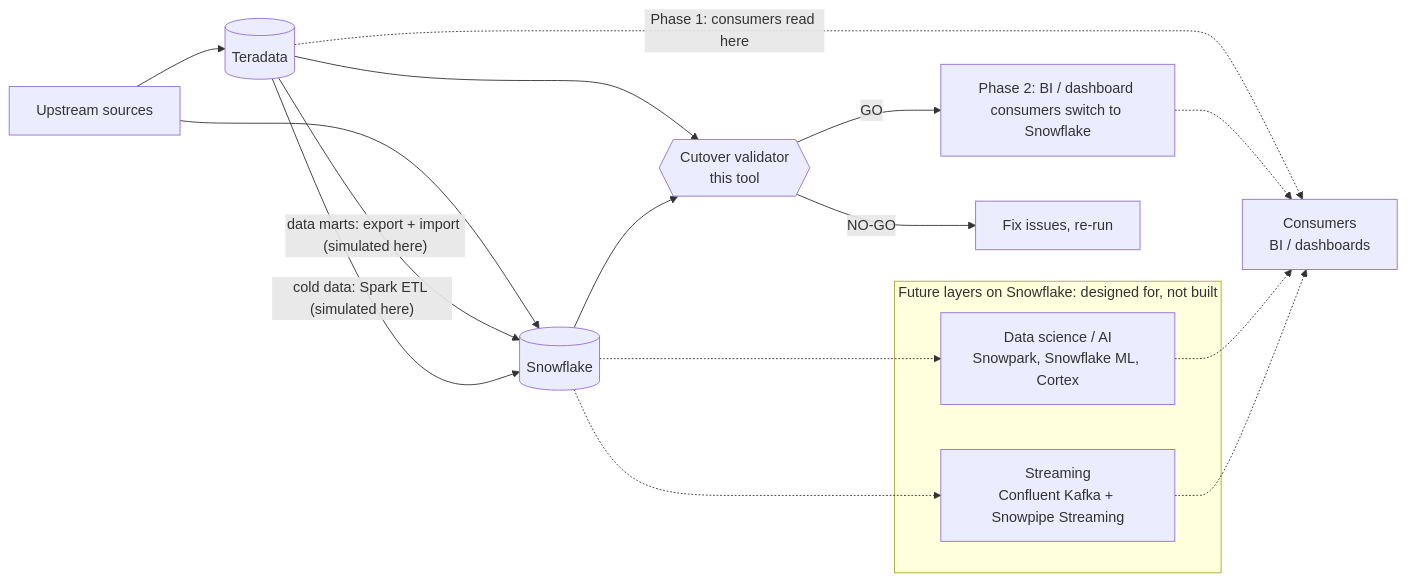
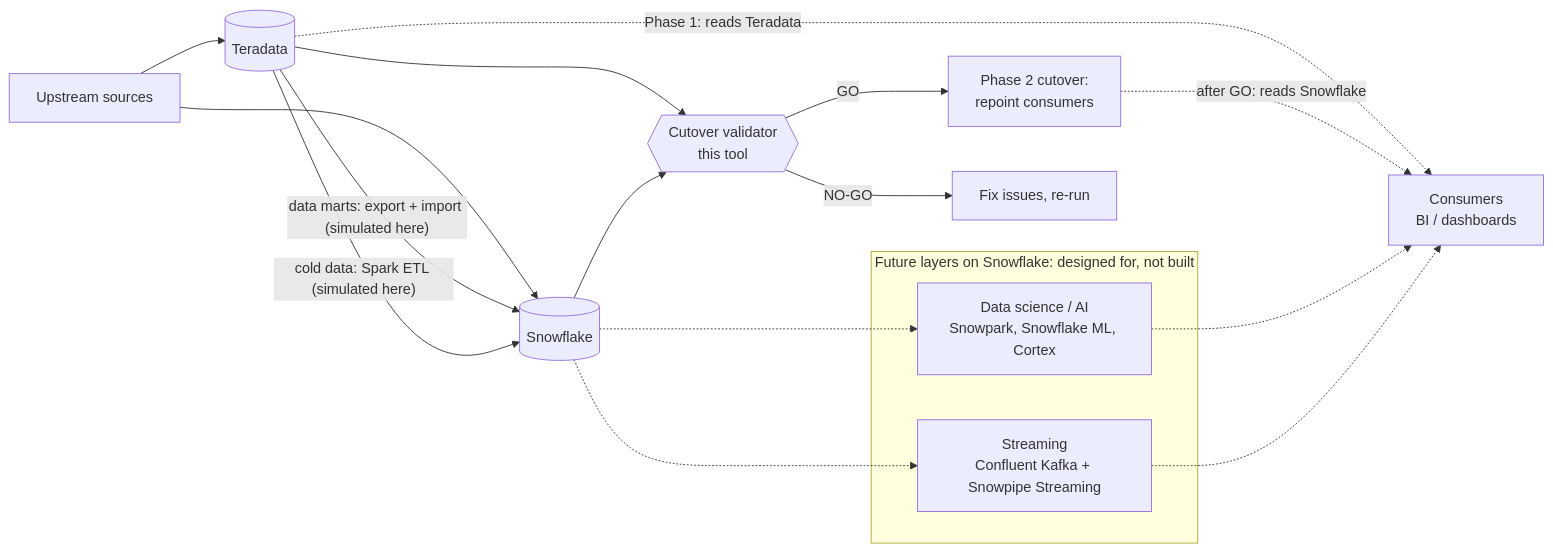
The diagram in evidence/design.md (Ramkannan1981/td-snowflake-cutover-validator), drawn with Mermaid before and after one commit.

Commit message:
docs: clarify consumers vs phase 2 cutover in design diagram

````diff
--- a/evidence/design.md
+++ b/evidence/design.md
@@ -23,23 +23,23 @@
 ```mermaid
 flowchart LR
     SRC[Upstream sources] --> TD[(Teradata)]
     SRC --> SF[(Snowflake)]
     TD -- "data marts: export + import (simulated here)" --> SF
     TD -- "cold data: Spark ETL (simulated here)" --> SF
-    TD -. "Phase 1: consumers read here" .-> CON["Consumers<br/>BI / dashboards"]
+    TD -. "Phase 1: reads Teradata" .-> CON["Consumers<br/>BI / dashboards"]
 
     TD --> V{{Cutover validator<br/>this tool}}
     SF --> V
-    V -- GO --> P2["Phase 2: BI / dashboard consumers switch to Snowflake"]
+    V -- GO --> P2["Phase 2 cutover:<br/>repoint consumers"]
     V -- NO-GO --> FIX["Fix issues, re-run"]
-    P2 -.-> CON
+    P2 -. "after GO: reads Snowflake" .-> CON
 
     subgraph FUT["Future layers on Snowflake: designed for, not built"]
         DS["Data science / AI<br/>Snowpark, Snowflake ML, Cortex"]
         ST["Streaming<br/>Confluent Kafka + Snowpipe Streaming"]
     end
     SF -.-> DS
     SF -.-> ST
     DS -.-> CON
     ST -.-> CON
 ```
````
